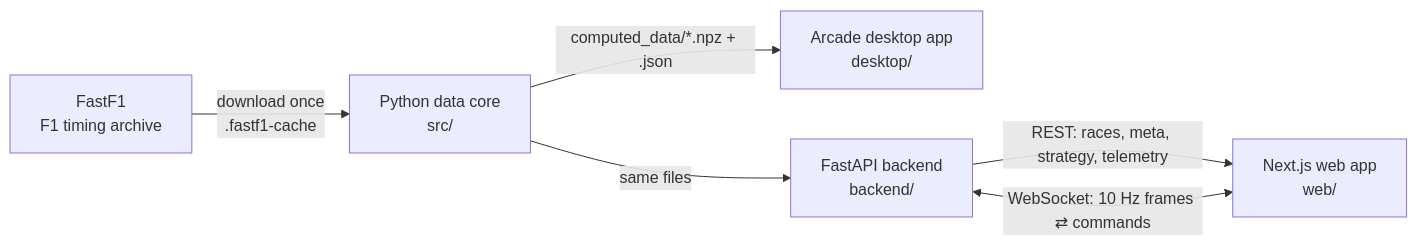
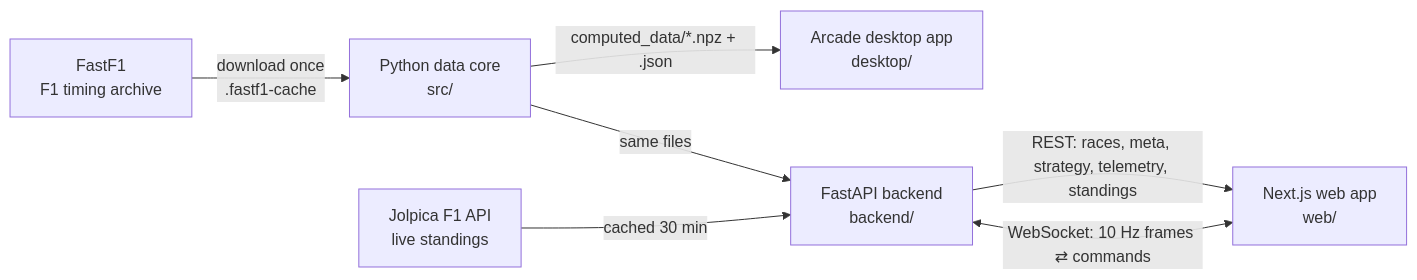
One commit to Patel-Nishit/f1-race-ML changed the diagram in README.md. Above: the diagram before and after it, drawn with Mermaid. The commit also changed other lines of this file and 2 other files, not shown here.

First line of the commit message:
README: favourites, live standings and what I learned

````diff
--- a/README.md
+++ b/README.md
@@ -45,8 +57,9 @@
 ```mermaid
 flowchart LR
   F[FastF1<br/>F1 timing archive] -->|download once<br/>.fastf1-cache| P[Python data core<br/>src/]
   P -->|computed_data/*.npz + .json| D[Arcade desktop app<br/>desktop/]
   P -->|same files| A[FastAPI backend<br/>backend/]
-  A -->|REST: races, meta, strategy, telemetry| W[Next.js web app<br/>web/]
+  J[Jolpica F1 API<br/>live standings] -->|cached 30 min| A
+  A -->|REST: races, meta, strategy, telemetry, standings| W[Next.js web app<br/>web/]
   A <-->|WebSocket: 10 Hz frames ⇄ commands| W
 ```
````
